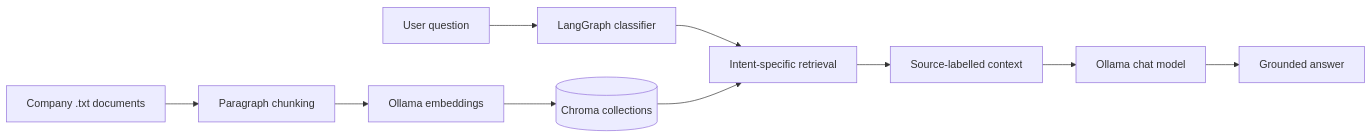
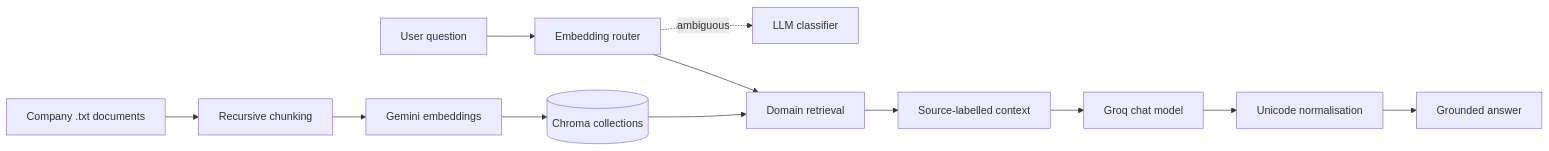
One commit to jasongilchristp/policypilot-rag changed the second of 2 diagrams in README.md. Above: the diagram before and after it, drawn with Mermaid. The commit also changed other lines of this file and 14 other files, not shown here.

````diff
--- a/README.md
+++ b/README.md
@@ -63,12 +67,14 @@
 ```mermaid
 flowchart LR
-    DOCS[Company .txt documents] --> INGEST[Paragraph chunking]
-    INGEST --> EMBED[Ollama embeddings]
+    DOCS[Company .txt documents] --> INGEST[Recursive chunking]
+    INGEST --> EMBED[Gemini embeddings]
     EMBED --> CHROMA[(Chroma collections)]
-    USER[User question] --> ROUTER[LangGraph classifier]
-    ROUTER --> RETRIEVE[Intent-specific retrieval]
+    USER[User question] --> ROUTER[Embedding router]
+    ROUTER -. ambiguous .-> FALLBACK[LLM classifier]
+    ROUTER --> RETRIEVE[Domain retrieval]
     CHROMA --> RETRIEVE
     RETRIEVE --> CONTEXT[Source-labelled context]
-    CONTEXT --> LLM[Ollama chat model]
-    LLM --> ANSWER[Grounded answer]
+    CONTEXT --> LLM[Groq chat model]
+    LLM --> NORM[Unicode normalisation]
+    NORM --> ANSWER[Grounded answer]
 ```
````
